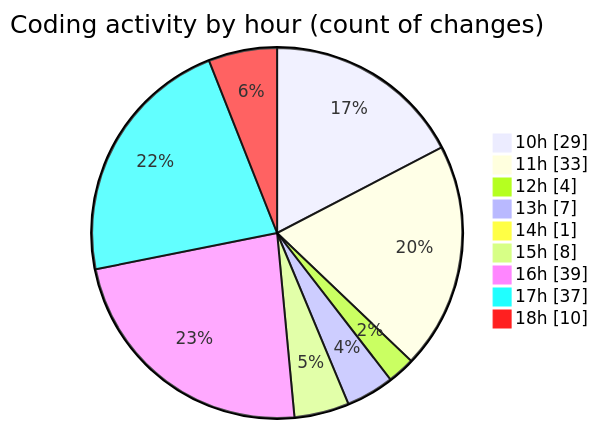
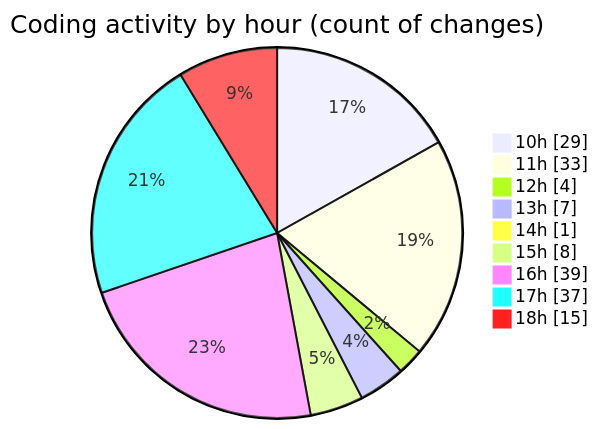
One commit to momahboobian/code-tracking changed the second of 2 diagrams in 2025-06-05/cda/README.md. Above: the diagram before and after it, drawn with Mermaid. The commit also changed other lines of this file and 1 other file, not shown here.

````diff
--- a/2025-06-05/cda/README.md
+++ b/2025-06-05/cda/README.md
@@ -66,13 +68,13 @@
 ```mermaid
 pie showData
 title Coding activity by hour (count of changes)
 "10h" : 29
 "11h" : 33
 "12h" : 4
 "13h" : 7
 "14h" : 1
 "15h" : 8
 "16h" : 39
 "17h" : 37
-"18h" : 10
+"18h" : 15
 ```
````
